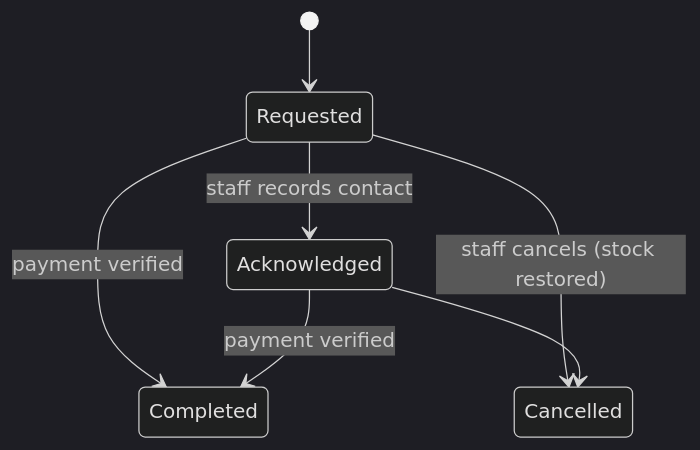
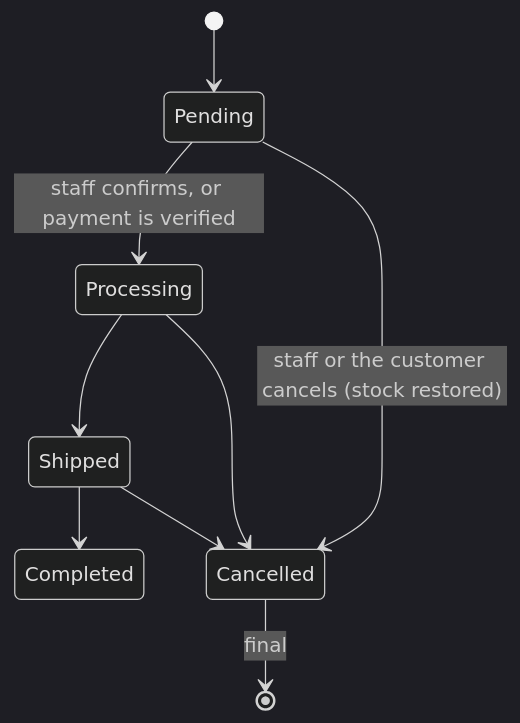
One commit to salehibneomar/amar-ecommerce changed the sixth of 11 diagrams in DIAGRAM.md. Above: the diagram before and after it, drawn with Mermaid (dark theme). The commit also changed other lines of this file and 246 other files, not shown here.

````diff
--- a/DIAGRAM.md
+++ b/DIAGRAM.md
@@ -520,9 +520,11 @@
 ```mermaid
 stateDiagram-v2
-    [*] --> Requested
-    Requested --> Acknowledged: staff records contact
-    Requested --> Completed: payment verified
-    Acknowledged --> Completed: payment verified
-    Requested --> Cancelled: staff cancels (stock restored)
-    Acknowledged --> Cancelled
+    [*] --> Pending
+    Pending --> Processing: staff confirms, or payment is verified
+    Processing --> Shipped
+    Shipped --> Completed
+    Pending --> Cancelled: staff or the customer cancels (stock restored)
+    Processing --> Cancelled
+    Shipped --> Cancelled
+    Cancelled --> [*]: final
 ```
````
